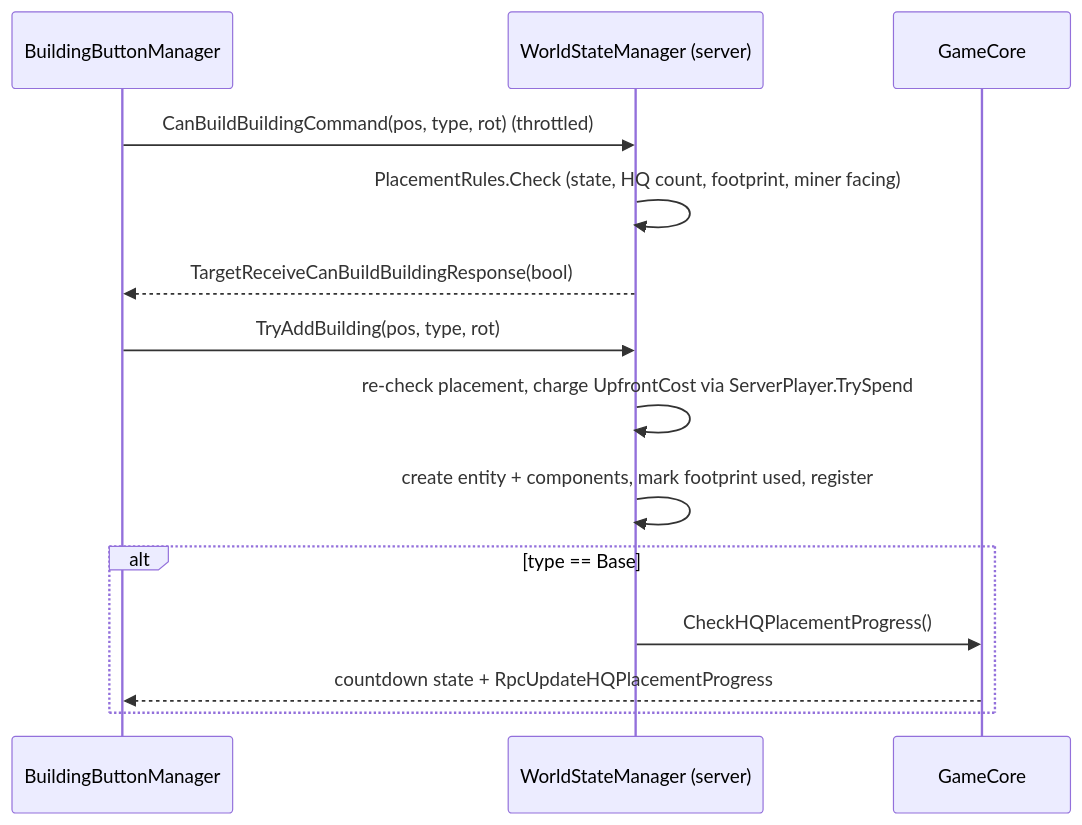
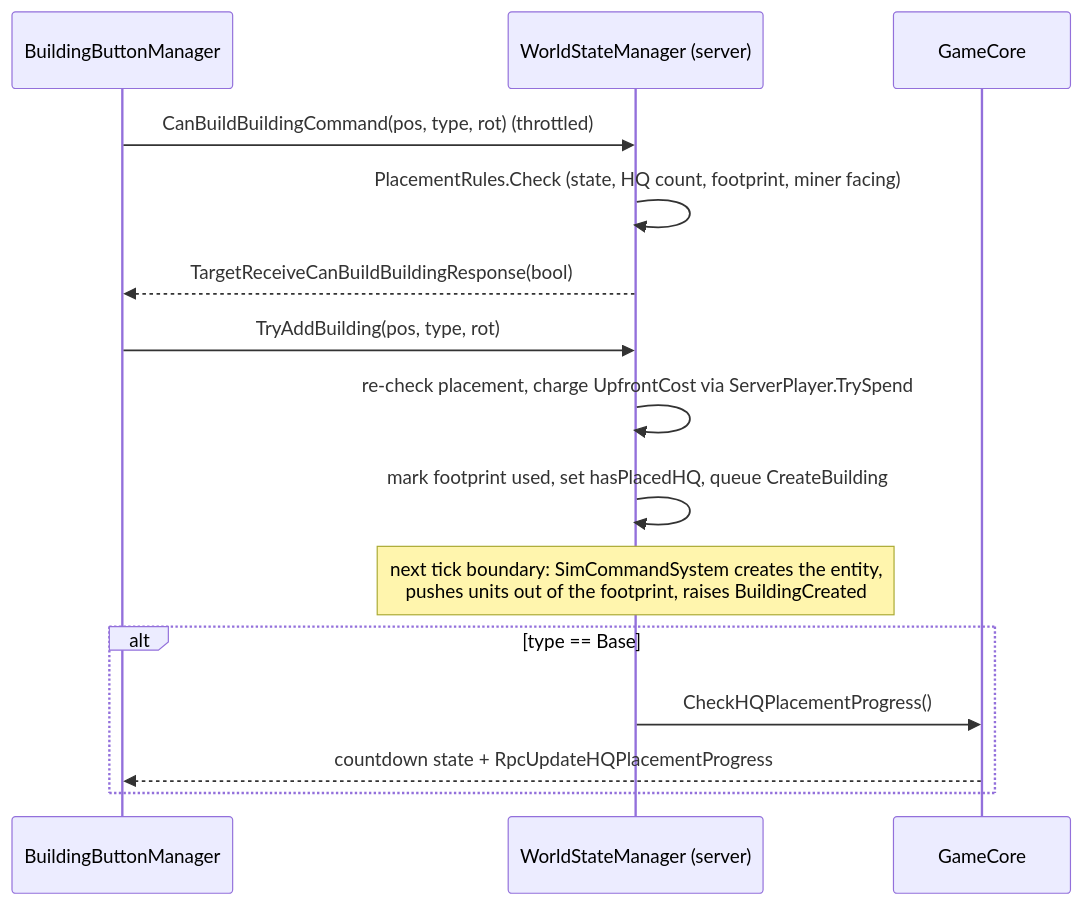
The fourth of 4 diagrams in docs/architecture.md (CoolCoder353/WAR-2D), drawn with Mermaid before and after one commit. The commit also changed other lines of this file and 4 other files, not shown here.

````diff
--- a/docs/architecture.md
+++ b/docs/architecture.md
@@ -232,16 +273,17 @@
 ```mermaid
 sequenceDiagram
     participant B as BuildingButtonManager
     participant W as WorldStateManager (server)
     participant G as GameCore
     B->>W: CanBuildBuildingCommand(pos, type, rot) (throttled)
     W->>W: PlacementRules.Check (state, HQ count, footprint, miner facing)
     W-->>B: TargetReceiveCanBuildBuildingResponse(bool)
     B->>W: TryAddBuilding(pos, type, rot)
     W->>W: re-check placement, charge UpfrontCost via ServerPlayer.TrySpend
-    W->>W: create entity + components, mark footprint used, register
+    W->>W: mark footprint used, set hasPlacedHQ, queue CreateBuilding
+    Note over W: next tick boundary: SimCommandSystem creates the entity,<br/>pushes units out of the footprint, raises BuildingCreated
     alt type == Base
         W->>G: CheckHQPlacementProgress()
         G-->>B: countdown state + RpcUpdateHQPlacementProgress
     end
 ```
````
